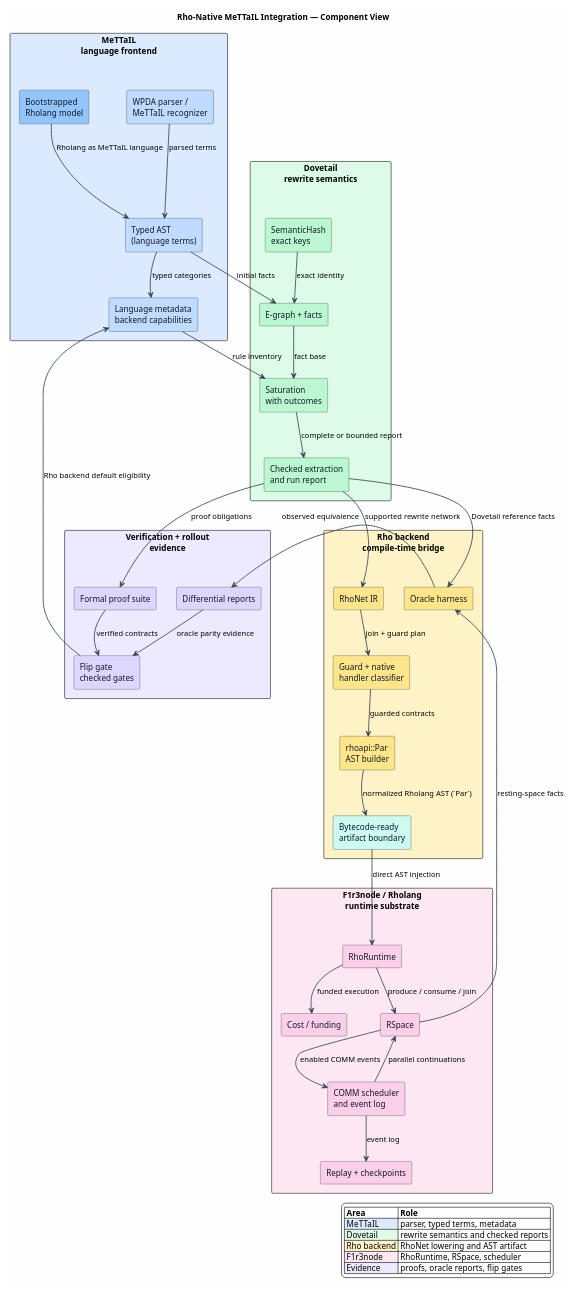
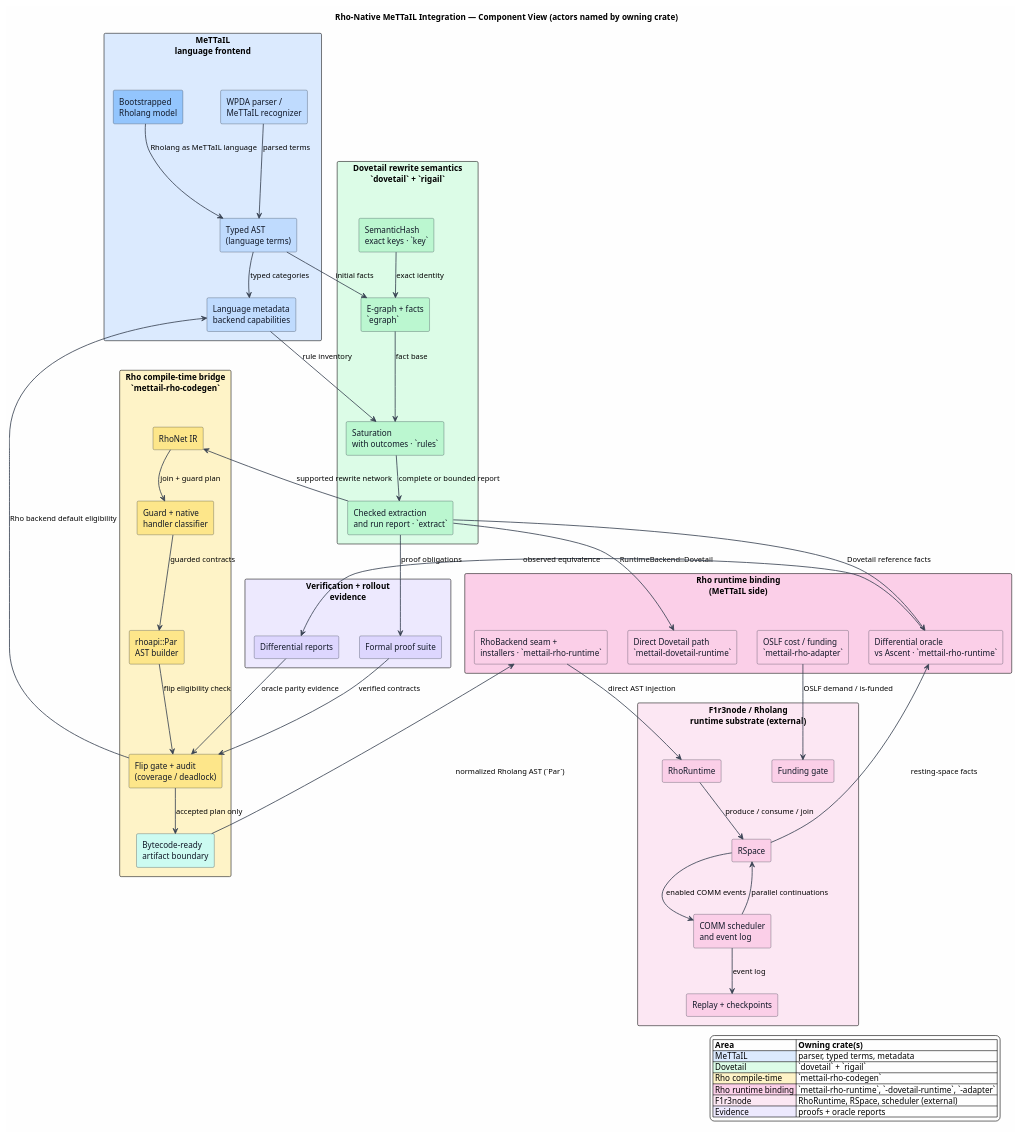
Before and after one commit to F1R3FLY-io/mettail-rust: the diagram in docs/architecture/rho-native-integration/figures/README.puml, drawn with PlantUML. The commit also changed 11 other files, not shown here.

First line of the commit message:
Refine diagram actors: name owning crates, fix misattributions (DOC-6)

```diff
--- a/docs/architecture/rho-native-integration/figures/README.puml
+++ b/docs/architecture/rho-native-integration/figures/README.puml
@@ -1,84 +1,94 @@
 @startuml
-title Rho-Native MeTTaIL Integration — Component View
+title Rho-Native MeTTaIL Integration — Component View (actors named by owning crate)
 
 skinparam backgroundColor #FEFEFE
 skinparam componentStyle rectangle
 skinparam shadowing false
 skinparam ArrowColor #374151
 skinparam ArrowThickness 1.4
 skinparam component {
   BorderColor #1F2937
   FontColor #111827
 }
 
 rectangle "MeTTaIL\nlanguage frontend" as M #DBEAFE {
   component "WPDA parser /\nMeTTaIL recognizer" as Parser #BFDBFE
   component "Typed AST\n(language terms)" as AST #BFDBFE
   component "Language metadata\nbackend capabilities" as Metadata #BFDBFE
   component "Bootstrapped\nRholang model" as RhoModel #93C5FD
 }
 
-rectangle "Dovetail\nrewrite semantics" as D #DCFCE7 {
-  component "SemanticHash\nexact keys" as Keys #BBF7D0
-  component "E-graph + facts" as EGraph #BBF7D0
-  component "Saturation\nwith outcomes" as Saturation #BBF7D0
-  component "Checked extraction\nand run report" as Report #BBF7D0
+rectangle "Dovetail rewrite semantics\n`dovetail` + `rigail`" as D #DCFCE7 {
+  component "SemanticHash\nexact keys · `key`" as Keys #BBF7D0
+  component "E-graph + facts\n`egraph`" as EGraph #BBF7D0
+  component "Saturation\nwith outcomes · `rules`" as Saturation #BBF7D0
+  component "Checked extraction\nand run report · `extract`" as Report #BBF7D0
 }
 
-rectangle "Rho backend\ncompile-time bridge" as B #FEF3C7 {
+rectangle "Rho compile-time bridge\n`mettail-rho-codegen`" as B #FEF3C7 {
   component "RhoNet IR" as RhoNet #FDE68A
   component "Guard + native\nhandler classifier" as Guards #FDE68A
   component "rhoapi::Par\nAST builder" as AstBuilder #FDE68A
+  component "Flip gate + audit\n(coverage / deadlock)" as Gate #FDE68A
   component "Bytecode-ready\nartifact boundary" as Artifact #CCFBF1
-  component "Oracle harness" as Oracle #FDE68A
 }
 
-rectangle "F1r3node / Rholang\nruntime substrate" as F #FCE7F3 {
+rectangle "Rho runtime binding\n(MeTTaIL side)" as R #FBCFE8 {
+  component "RhoBackend seam +\ninstallers · `mettail-rho-runtime`" as Seam #FBCFE8
+  component "Differential oracle\nvs Ascent · `mettail-rho-runtime`" as Oracle #FBCFE8
+  component "Direct Dovetail path\n`mettail-dovetail-runtime`" as DirectPath #FBCFE8
+  component "OSLF cost / funding\n`mettail-rho-adapter`" as Cost #FBCFE8
+}
+
+rectangle "F1r3node / Rholang\nruntime substrate (external)" as F #FCE7F3 {
   component "RhoRuntime" as Runtime #FBCFE8
   component "RSpace" as RSpace #FBCFE8
   component "COMM scheduler\nand event log" as Scheduler #FBCFE8
   component "Replay + checkpoints" as Replay #FBCFE8
-  component "Cost / funding" as Cost #FBCFE8
+  component "Funding gate" as Funding #FBCFE8
 }
 
 rectangle "Verification + rollout\nevidence" as V #EDE9FE {
   component "Formal proof suite" as Formal #DDD6FE
   component "Differential reports" as Diff #DDD6FE
-  component "Flip gate\nchecked gates" as Gate #DDD6FE
 }
 
 Parser --> AST : parsed terms
 AST --> Metadata : typed categories
 RhoModel --> AST : Rholang as MeTTaIL language
 AST --> EGraph : initial facts
 Metadata --> Saturation : rule inventory
 Keys --> EGraph : exact identity
 EGraph --> Saturation : fact base
 Saturation --> Report : complete or bounded report
 Report --> RhoNet : supported rewrite network
 RhoNet --> Guards : join + guard plan
 Guards --> AstBuilder : guarded contracts
-AstBuilder --> Artifact : normalized Rholang AST (`Par`)
-Artifact --> Runtime : direct AST injection
+AstBuilder --> Gate : flip eligibility check
+Gate --> Artifact : accepted plan only
+Artifact --> Seam : normalized Rholang AST (`Par`)
+Report --> DirectPath : RuntimeBackend::Dovetail
+Seam --> Runtime : direct AST injection
 Runtime --> RSpace : produce / consume / join
 RSpace --> Scheduler : enabled COMM events
 Scheduler --> RSpace : parallel continuations
 Scheduler --> Replay : event log
-Runtime --> Cost : funded execution
+Cost --> Funding : OSLF demand / is-funded
 RSpace --> Oracle : resting-space facts
 Report --> Oracle : Dovetail reference facts
 Oracle --> Diff : observed equivalence
 Report --> Formal : proof obligations
 Formal --> Gate : verified contracts
 Diff --> Gate : oracle parity evidence
 Gate --> Metadata : Rho backend default eligibility
 
 legend right
-|= Area |= Role |
+|= Area |= Owning crate(s) |
 |<#DBEAFE> MeTTaIL | parser, typed terms, metadata |
-|<#DCFCE7> Dovetail | rewrite semantics and checked reports |
-|<#FEF3C7> Rho backend | RhoNet lowering and AST artifact |
-|<#FCE7F3> F1r3node | RhoRuntime, RSpace, scheduler |
-|<#EDE9FE> Evidence | proofs, oracle reports, flip gates |
+|<#DCFCE7> Dovetail | `dovetail` + `rigail` |
+|<#FEF3C7> Rho compile-time | `mettail-rho-codegen` |
+|<#FBCFE8> Rho runtime binding | `mettail-rho-runtime`, `-dovetail-runtime`, `-adapter` |
+|<#FCE7F3> F1r3node | RhoRuntime, RSpace, scheduler (external) |
+|<#EDE9FE> Evidence | proofs + oracle reports |
 endlegend
 @enduml
```
